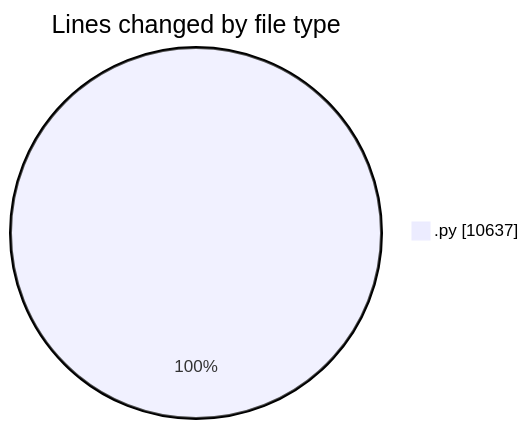
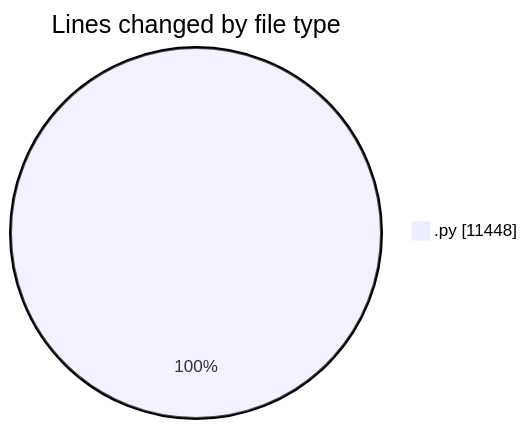
One commit to jrari/code-tracking changed the first of 2 diagrams in 2025-07-14/telebot/README.md. Above: the diagram before and after it, drawn with Mermaid. The commit also changed other lines of this file and 1 other file, not shown here.

````diff
--- a/2025-07-14/telebot/README.md
+++ b/2025-07-14/telebot/README.md
@@ -34,5 +35,5 @@
 ```mermaid
 pie showData
 title Lines changed by file type
-".py" : 10637
+".py" : 11448
 ```
````
